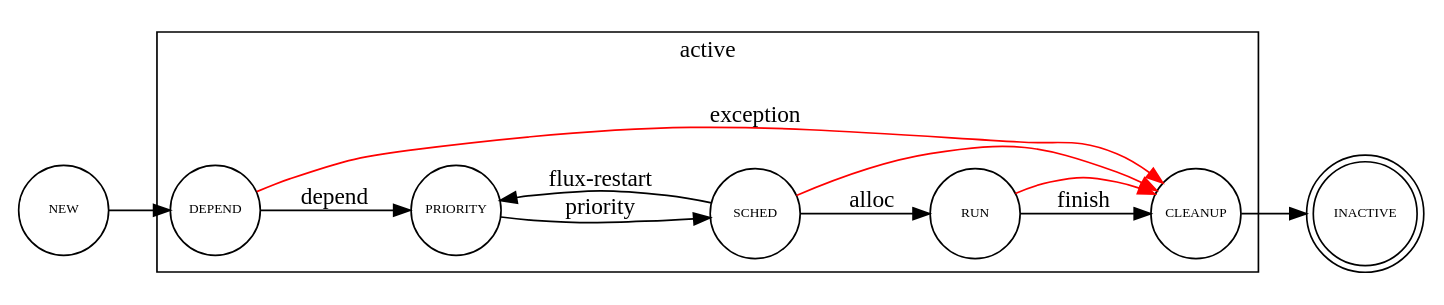
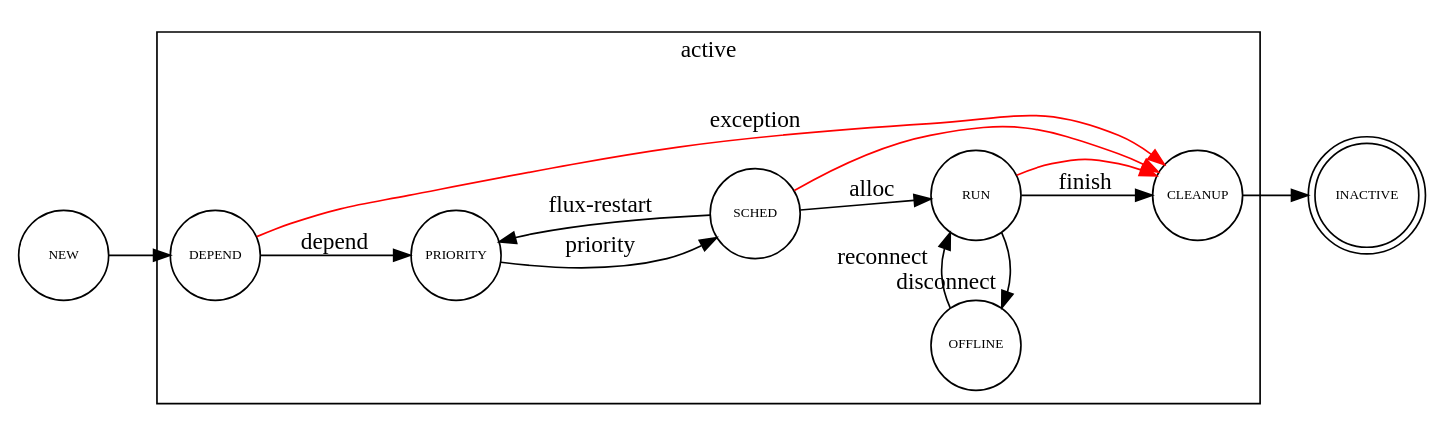
One commit to flux-framework/rfc changed the diagram in data/spec_21/states.dot. Above: the diagram before and after it, drawn with Graphviz. The commit also changed 2 other files, not shown here.

Commit message:
rfc21: add offline job state

```diff
--- a/data/spec_21/states.dot
+++ b/data/spec_21/states.dot
@@ -1,33 +1,36 @@
 digraph states {
     rankdir=LR
 
 #size="8,5"
 
     node [shape=doublecircle fontsize=8 fixsize=shape width=0.75]; INACTIVE
 
     node [shape=circle fontsize=8 fixedsize=shape width=0.75];
 
     subgraph cluster_main {
         label = "active";
         DEPEND;
         PRIORITY;
         SCHED;
-        RUN;
+        {rank=same; RUN; OFFLINE;}
         CLEANUP;
     }
 
     NEW -> DEPEND;
     DEPEND -> PRIORITY [label="depend"];
     PRIORITY -> SCHED [label="priority"];
     SCHED -> RUN [label="alloc"];
     RUN -> CLEANUP [label="finish"];
     CLEANUP -> INACTIVE;
 
     SCHED -> PRIORITY [label="flux-restart"]
 
+    RUN -> OFFLINE [xlabel="disconnect"]
+    OFFLINE -> RUN [xlabel="reconnect"]
+
     edge [weight=0 color="red"];
 
     DEPEND -> CLEANUP [label="exception"];
     SCHED -> CLEANUP;
     RUN -> CLEANUP;
 }
```
